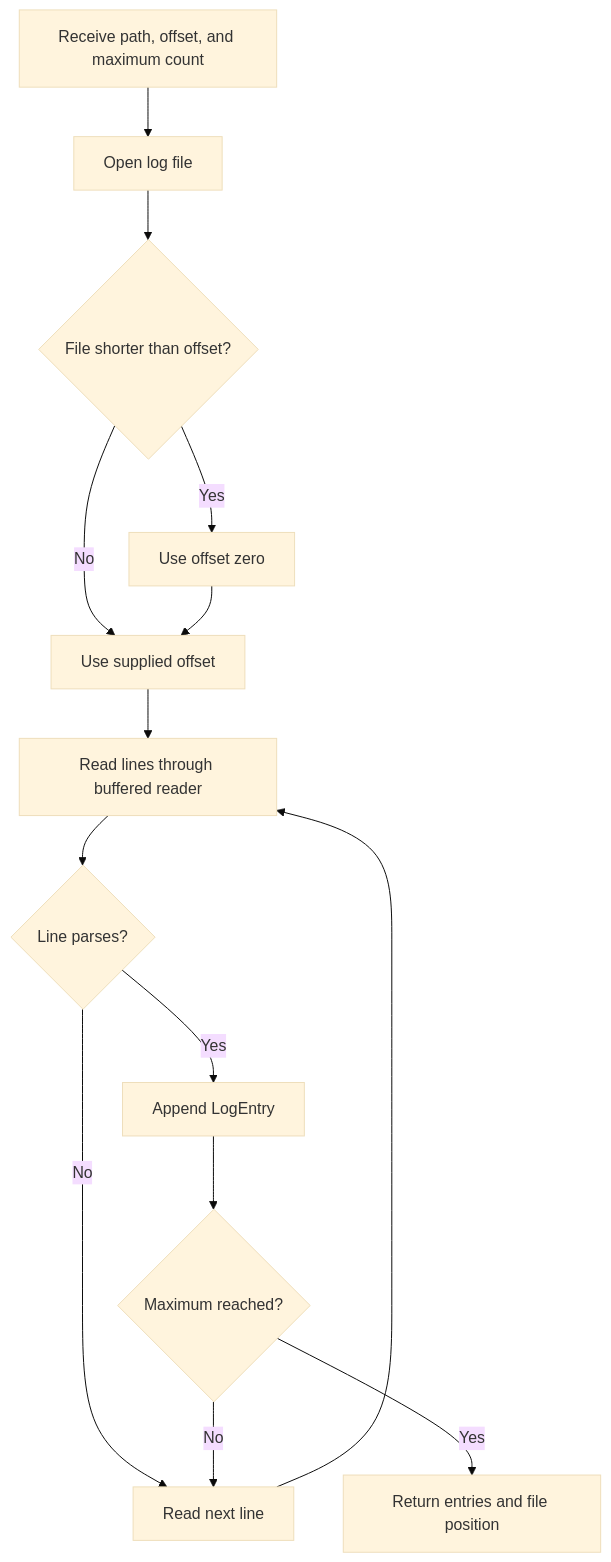
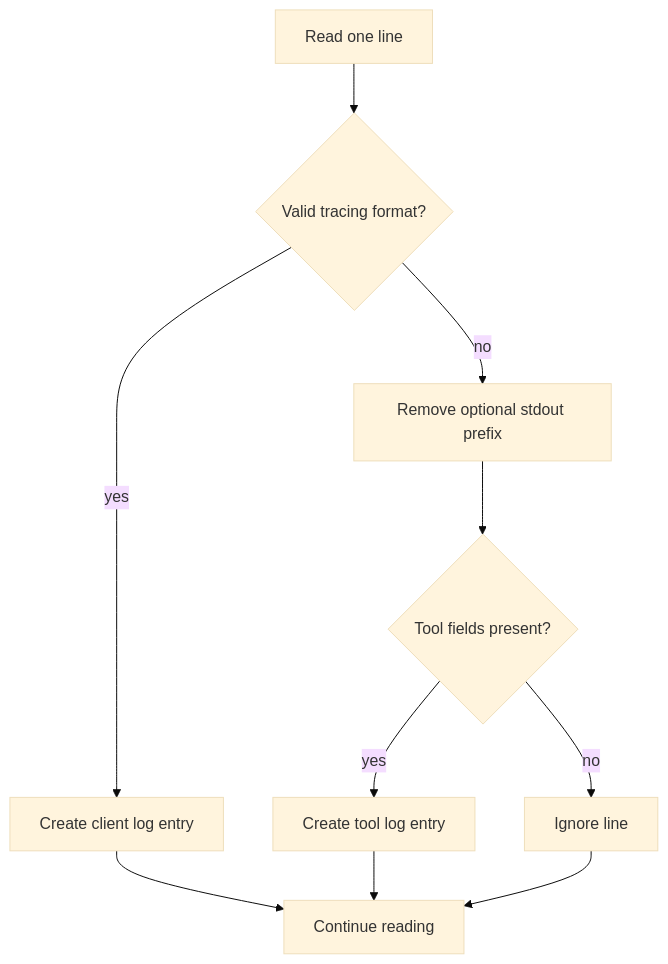
One commit to flamingo-stack/openframe-oss-tenant changed the second of 5 diagrams in docs/reference/architecture/openframe-client-core/logging-parse/logging-parse.md. Above: the diagram before and after it, drawn with Mermaid (base theme). The commit also changed other lines of this file and 2377 other files, not shown here.

````diff
--- a/docs/reference/architecture/openframe-client-core/logging-parse/logging-parse.md
+++ b/docs/reference/architecture/openframe-client-core/logging-parse/logging-parse.md
@@ -85,16 +47,12 @@
 ```mermaid
 flowchart TD
-    Start["Receive path, offset, and maximum count"] --> Open["Open log file"]
-    Open --> CheckSize{"File shorter than offset?"}
-    CheckSize -->|"Yes"| Reset["Use offset zero"]
-    CheckSize -->|"No"| Seek["Use supplied offset"]
-    Reset --> Seek
-    Seek --> Read["Read lines through buffered reader"]
-    Read --> Parse{"Line parses?"}
-    Parse -->|"No"| Next["Read next line"]
-    Parse -->|"Yes"| Add["Append LogEntry"]
-    Add --> Limit{"Maximum reached?"}
-    Limit -->|"No"| Next
-    Next --> Read
-    Limit -->|"Yes"| Position["Return entries and file position"]
+    Start["Read one line"] --> Trace{"Valid tracing format?"}
+    Trace -->|"yes"| TraceEntry["Create client log entry"]
+    Trace -->|"no"| Normalize["Remove optional stdout prefix"]
+    Normalize --> Tool{"Tool fields present?"}
+    Tool -->|"yes"| ToolEntry["Create tool log entry"]
+    Tool -->|"no"| Skip["Ignore line"]
+    TraceEntry --> Next["Continue reading"]
+    ToolEntry --> Next
+    Skip --> Next
 ```
````
